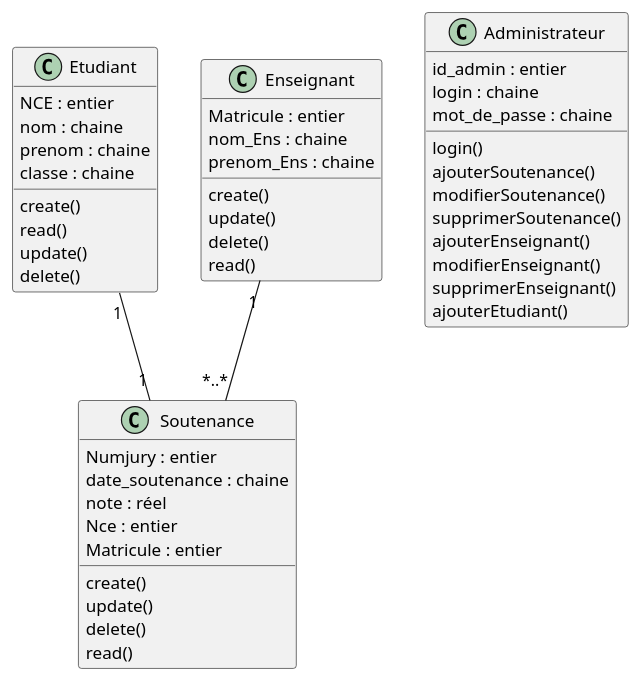
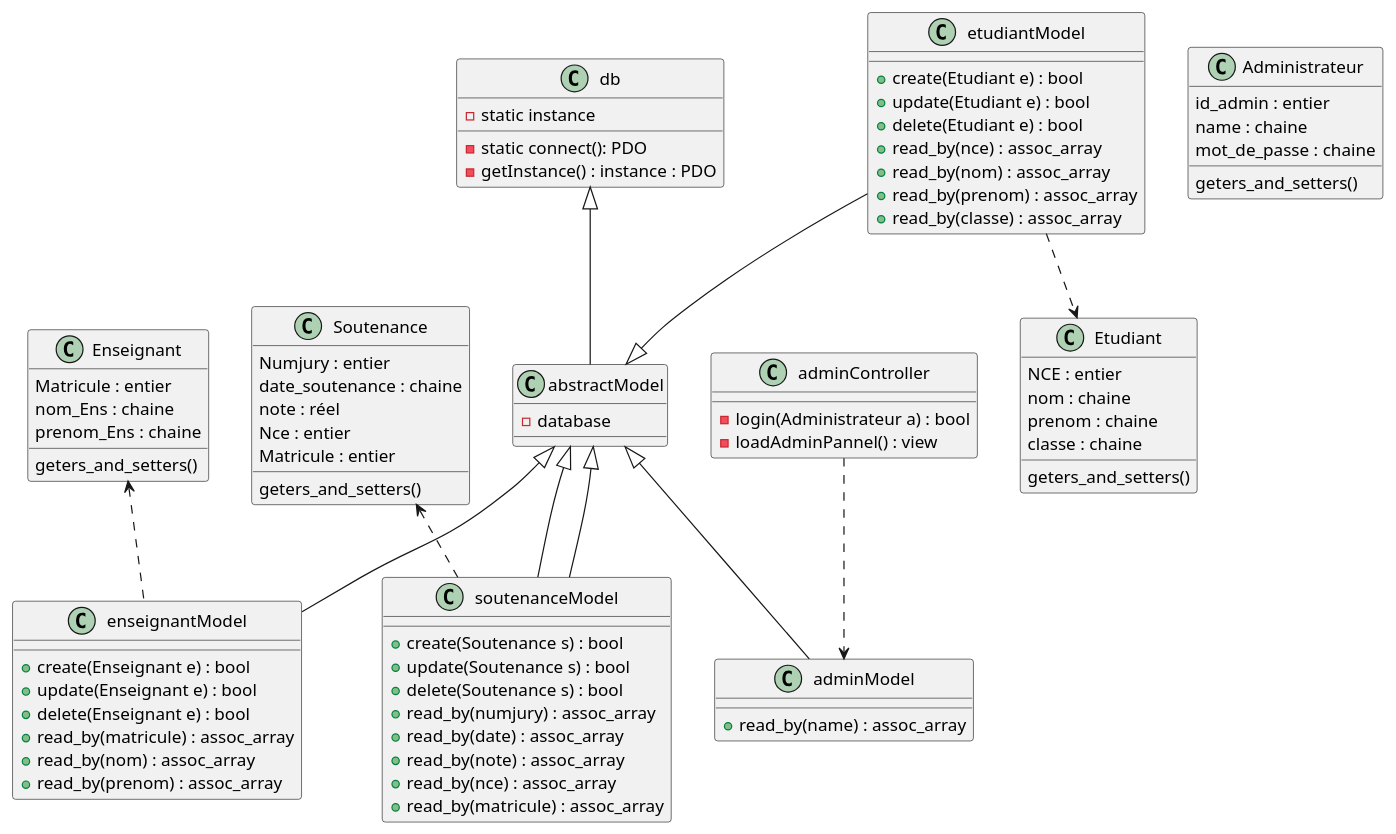
Before and after one commit to Hsouna-M/Gestion_des_Stage: the diagram in etc/classDiagram.plantuml, drawn with PlantUML. The commit also changed 13 other files, not shown here.

```diff
--- a/etc/classDiagram.plantuml
+++ b/etc/classDiagram.plantuml
@@ -1,52 +1,97 @@
 @startuml Gestion de Stage
+
+class db {
+  - static instance 
+  - static connect(): PDO
+  - getInstance() : instance : PDO
+}
+
+class abstractModel{
+  - database  
+}
+
+db <|-- abstractModel 
+
+class etudiantModel{
+  + create(Etudiant e) : bool
+  + update(Etudiant e) : bool
+  + delete(Etudiant e) : bool
+  + read_by(nce) : assoc_array  
+  + read_by(nom) : assoc_array  
+  + read_by(prenom) : assoc_array  
+  + read_by(classe) : assoc_array  
+}
+ 
+ etudiantModel ..> Etudiant
+ etudiantModel --|> abstractModel 
+
 class Etudiant {
   NCE : entier
   nom : chaine
   prenom : chaine
   classe : chaine
-  create()
-  read()
-  update()
-  delete()
-}
+  geters_and_setters()
+  }
 
 class Enseignant {
   Matricule : entier
   nom_Ens : chaine
   prenom_Ens : chaine
-  create()
-  update()
-  delete()
-  read()
+  geters_and_setters()
+  }
+
+class enseignantModel{
+  + create(Enseignant e) : bool
+  + update(Enseignant e) : bool
+  + delete(Enseignant e) : bool
+  + read_by(matricule) : assoc_array  
+  + read_by(nom) : assoc_array  
+  + read_by(prenom) : assoc_array  
 }
 
 class Soutenance {
   Numjury : entier
   date_soutenance : chaine
   note : réel
   Nce : entier
   Matricule : entier  
-  create()
-  update()
-  delete()
-  read()
+  geters_and_setters()
 }
+
+class soutenanceModel{
+  + create(Soutenance s) : bool
+  + update(Soutenance s) : bool
+  + delete(Soutenance s) : bool
+  + read_by(numjury) : assoc_array  
+  + read_by(date) : assoc_array  
+  + read_by(note) : assoc_array  
+  + read_by(nce) : assoc_array  
+  + read_by(matricule) : assoc_array  
+}
+soutenanceModel --|> abstractModel
 
 class Administrateur {
   id_admin : entier
-  login : chaine
+  name : chaine
   mot_de_passe : chaine
-  login()
-  ajouterSoutenance()
-  modifierSoutenance()
-  supprimerSoutenance()
-  ajouterEnseignant()
-  modifierEnseignant()
-  supprimerEnseignant()
-  ajouterEtudiant()
-
+  geters_and_setters()
 }
 
-Etudiant "1" -- "1" Soutenance  
-Enseignant "1" -- "*..*" Soutenance  
+class adminModel{
+  + read_by(name) : assoc_array  
+}
+
+adminController ..> adminModel
+abstractModel <|-- adminModel
+abstractModel <|-- soutenanceModel 
+abstractModel <|-- enseignantModel 
+Enseignant <.. enseignantModel 
+Soutenance <.. soutenanceModel 
+
+class adminController{
+  - login(Administrateur a) : bool
+  - loadAdminPannel() : view
+}
+
+
 @enduml
```
